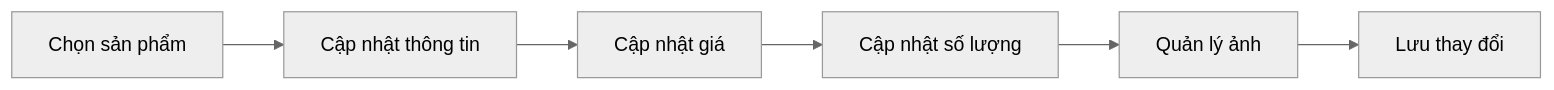
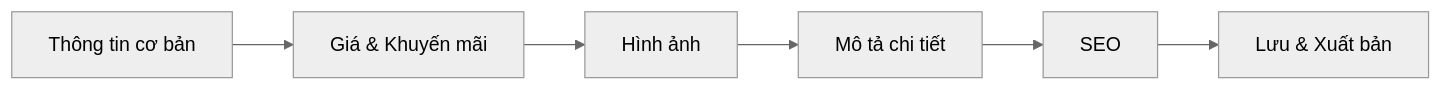
Before and after one commit to toantran00/BTTH_12: the sixth of 12 diagrams in README.md, drawn with Mermaid (neutral theme). The commit also changed other lines of this file, not shown here.

````diff
--- a/README.md
+++ b/README.md
@@ -277,8 +359,8 @@
 ```mermaid
-graph LR
-    A[Chọn sản phẩm] --> B[Cập nhật thông tin]
-    B --> C[Cập nhật giá]
-    C --> D[Cập nhật số lượng]
-    D --> E[Quản lý ảnh]
-    E --> F[Lưu thay đổi]
+flowchart LR
+    A[Thông tin cơ bản] --> B[Giá & Khuyến mãi]
+    B --> C[Hình ảnh]
+    C --> D[Mô tả chi tiết]
+    D --> E[SEO]
+    E --> F[Lưu & Xuất bản]
 ```
````
